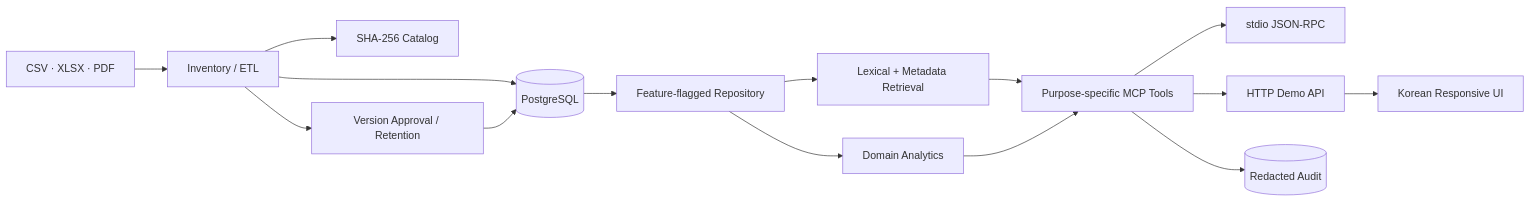
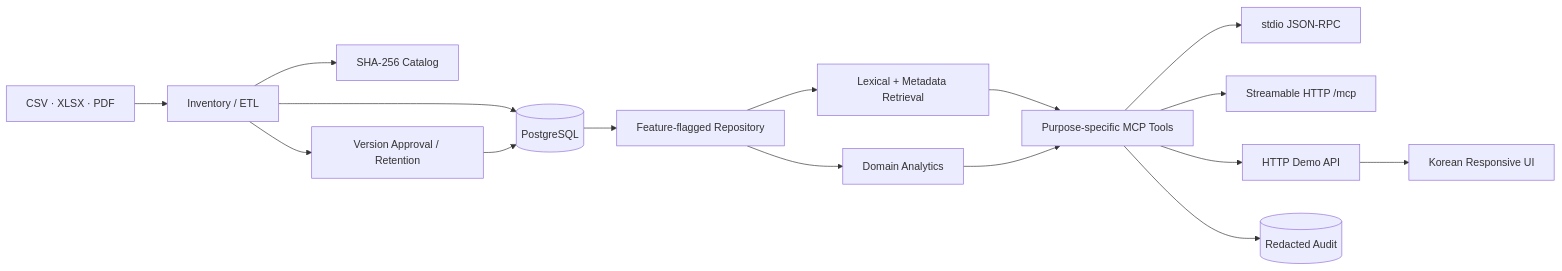
Before and after one commit to LanaKee/mcp: the diagram in docs/architecture.md, drawn with Mermaid. The commit also changed other lines of this file and 2 other files, not shown here.

First line of the commit message:
docs: describe the HTTP MCP transport alongside stdio

````diff
--- a/docs/architecture.md
+++ b/docs/architecture.md
@@ -9,17 +9,18 @@
 ```mermaid
 flowchart LR
   RAW[CSV · XLSX · PDF] --> ETL[Inventory / ETL]
   ETL --> CAT[SHA-256 Catalog]
   ETL --> PG[(PostgreSQL)]
   ETL --> LIFE[Version Approval / Retention]
   LIFE --> PG
   PG --> REPO[Feature-flagged Repository]
   REPO --> DOMAIN[Domain Analytics]
   REPO --> RET[Lexical + Metadata Retrieval]
   RET --> TOOLS[Purpose-specific MCP Tools]
   DOMAIN --> TOOLS
   TOOLS --> STDIO[stdio JSON-RPC]
+  TOOLS --> MCPHTTP[Streamable HTTP /mcp]
   TOOLS --> HTTP[HTTP Demo API]
   TOOLS --> AUDIT[(Redacted Audit)]
   HTTP --> WEB[Korean Responsive UI]
 ```
````
